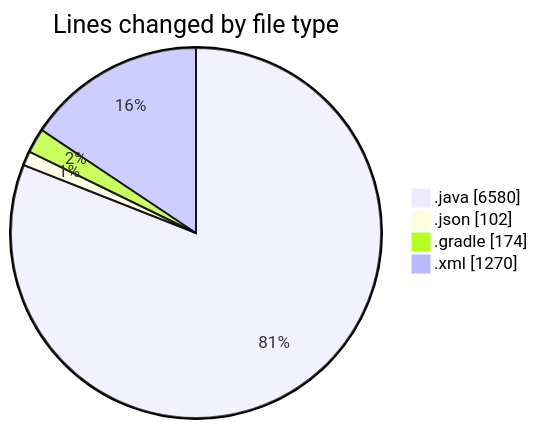
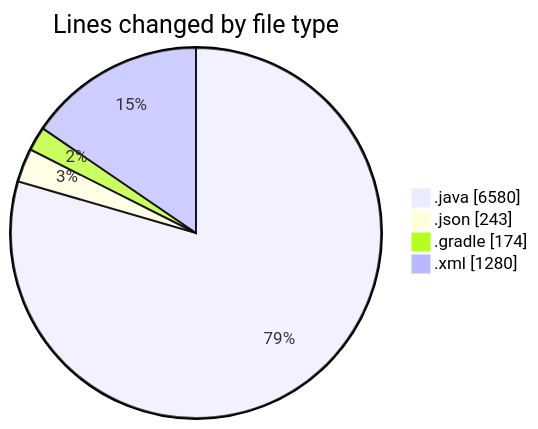
Before and after one commit to charlie-sans/code-tracking: the first of 2 diagrams in 2025-02-22/micros/README.md, drawn with Mermaid. The commit also changed other lines of this file and 1 other file, not shown here.

````diff
--- a/2025-02-22/micros/README.md
+++ b/2025-02-22/micros/README.md
@@ -64,8 +67,8 @@
 ```mermaid
 pie showData
 title Lines changed by file type
 ".java" : 6580
-".json" : 102
+".json" : 243
 ".gradle" : 174
-".xml" : 1270
+".xml" : 1280
 ```
````
